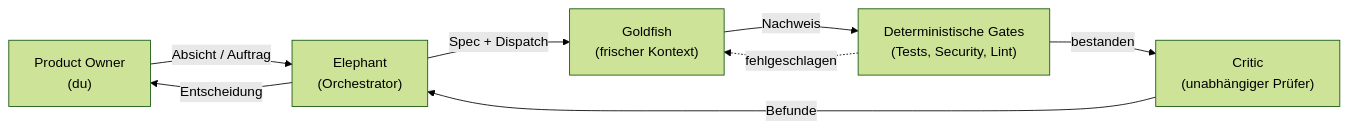
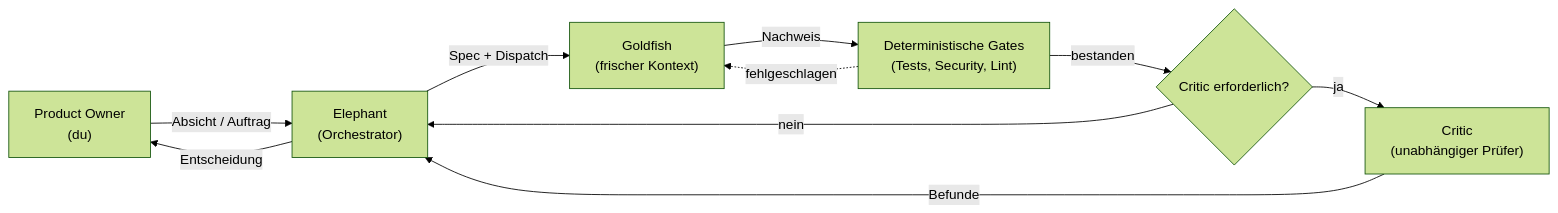
The second of 2 diagrams in README.md (agent-pipe-shared/agent-pipeline), drawn with Mermaid (forest theme) before and after one commit. The commit also changed other lines of this file and 6 other files, not shown here.

````diff
--- a/README.md
+++ b/README.md
@@ -286,10 +288,12 @@
 ```mermaid
 flowchart LR
     PO["Product Owner<br/>(du)"] -->|"Absicht / Auftrag"| Elephant["Elephant<br/>(Orchestrator)"]
     Elephant -->|"Spec + Dispatch"| Goldfish["Goldfish<br/>(frischer Kontext)"]
     Goldfish -->|"Nachweis"| Gates["Deterministische Gates<br/>(Tests, Security, Lint)"]
     Gates -.->|"fehlgeschlagen"| Goldfish
-    Gates -->|"bestanden"| Critic["Critic<br/>(unabhängiger Prüfer)"]
+    Gates -->|"bestanden"| Review{"Critic erforderlich?"}
+    Review -->|"ja"| Critic["Critic<br/>(unabhängiger Prüfer)"]
+    Review -->|"nein"| Elephant
     Critic -->|"Befunde"| Elephant
     Elephant -->|"Entscheidung"| PO
 ```
````
